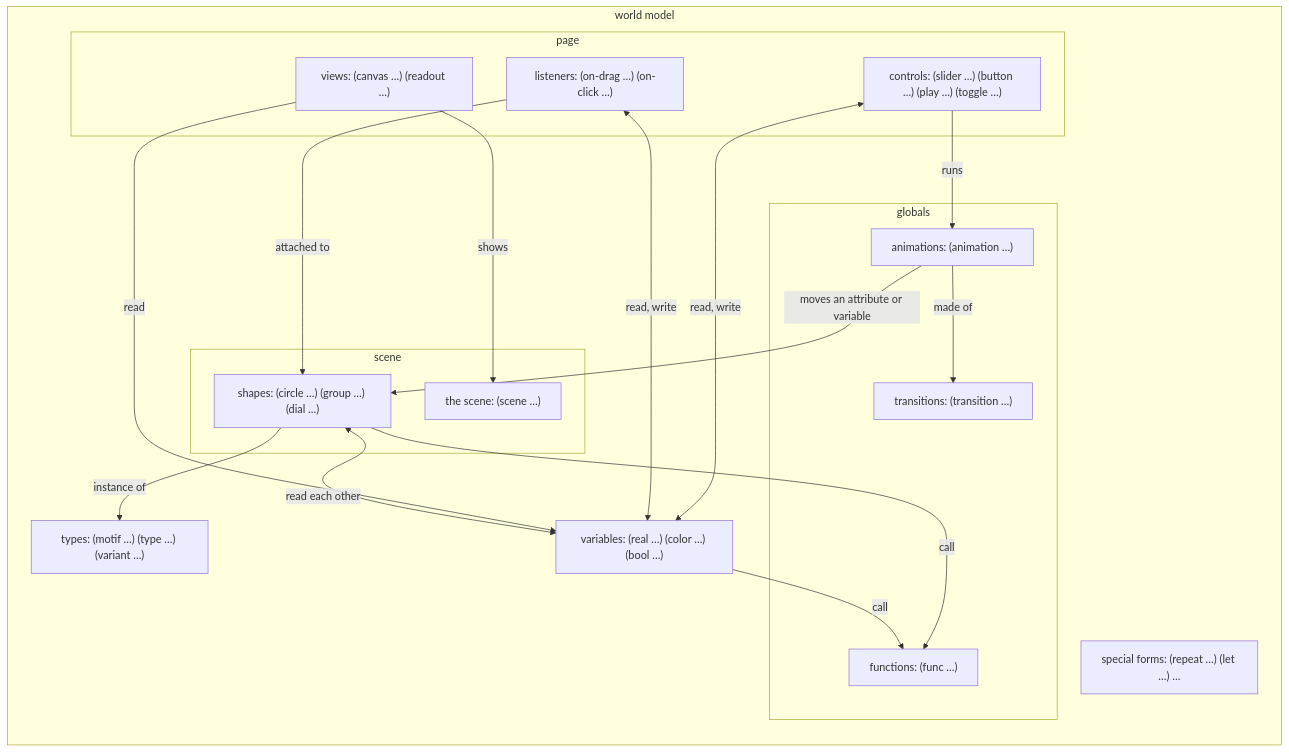
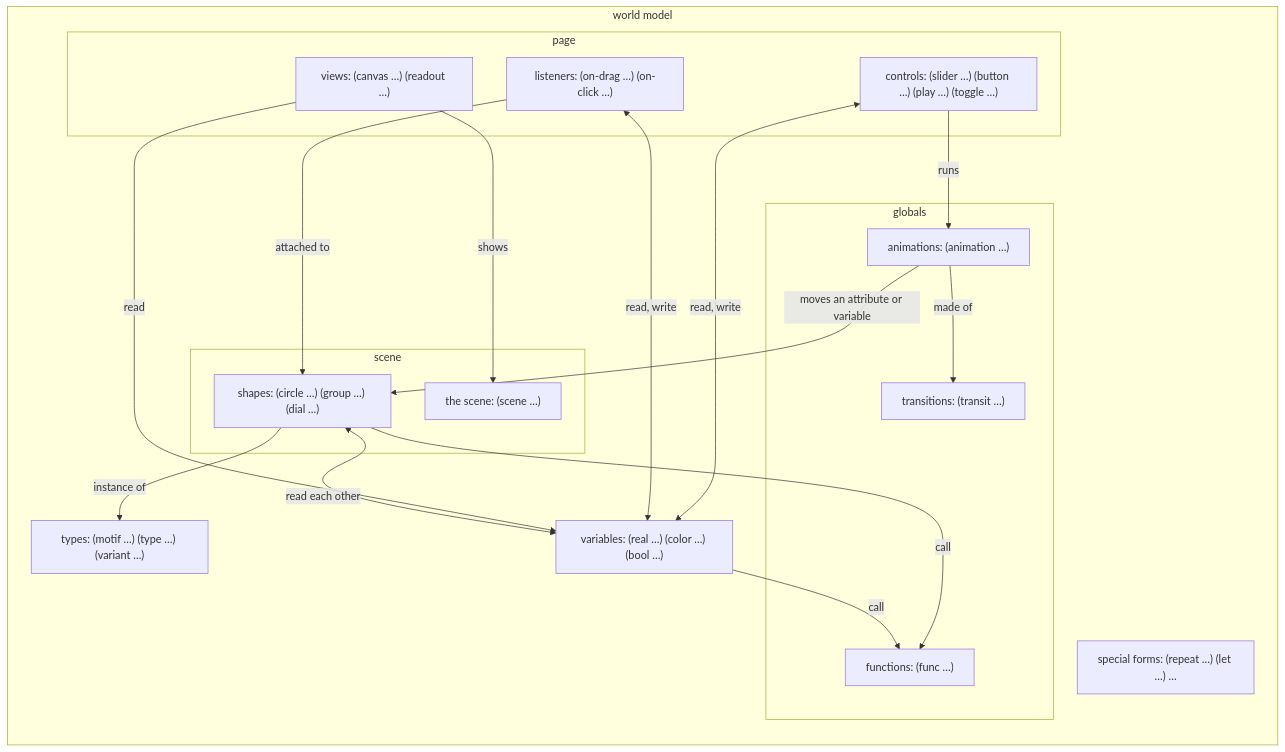
The second of 3 diagrams in docs/data-model.md (aris-pub/mathterpiece), drawn with Mermaid before and after one commit. The commit also changed other lines of this file and 27 other files, not shown here.

First line of the commit message:
Write transitions with the transit form

````diff
--- a/docs/data-model.md
+++ b/docs/data-model.md
@@ -59,32 +59,32 @@
 ```mermaid
 flowchart LR
   subgraph wm [world model]
     types["types: (motif …) (type …) (variant …)"]
     special["special forms: (repeat …) (let …) …"]
     subgraph scene
       sc["the scene: (scene …)"]
       shapes["shapes: (circle …) (group …) (dial …)"]
     end
     vars["variables: (real …) (color …) (bool …)"]
     subgraph globals
       funcs["functions: (func …)"]
-      trans["transitions: (transition …)"]
+      trans["transitions: (transit …)"]
       anims["animations: (animation …)"]
     end
     subgraph page
       views["views: (canvas …) (readout …)"]
       listeners["listeners: (on-drag …) (on-click …)"]
       controls["controls: (slider …) (button …) (play …) (toggle …)"]
     end
   end
   shapes -->|instance of| types
   shapes <-->|read each other| vars
   vars & shapes -->|call| funcs
   anims -->|made of| trans
   anims -->|moves an attribute or variable| shapes
   controls -->|runs| anims
   listeners -->|attached to| shapes
   views -->|shows| sc
   views -->|read| vars
   listeners & controls <-->|read, write| vars
 ```
````
